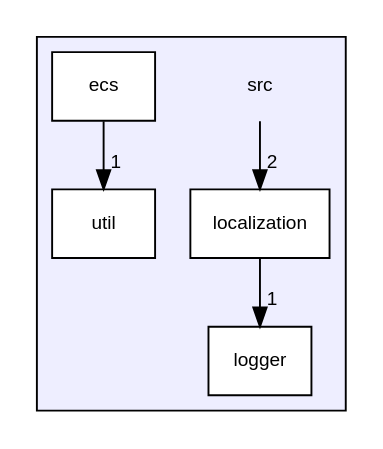
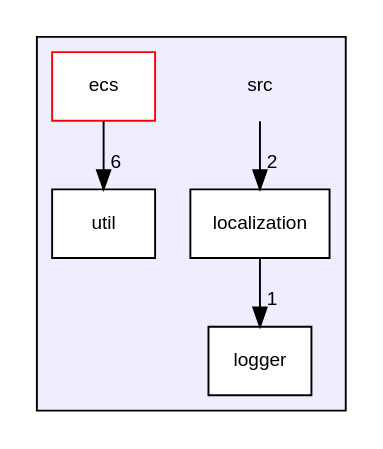
The diagram in dir_68267d1309a1af8e8297ef4c3efbcdba_dep.dot (MisterPeModder/Bomberman-Global-Offensive), drawn with Graphviz before and after one commit. The commit also changed 449 other files, not shown here.

```diff
--- a/dir_68267d1309a1af8e8297ef4c3efbcdba_dep.dot
+++ b/dir_68267d1309a1af8e8297ef4c3efbcdba_dep.dot
@@ -1,16 +1,16 @@
 digraph "src" {
   compound=true
   node [ fontsize="10", fontname="Helvetica"];
   edge [ labelfontsize="10", labelfontname="Helvetica"];
   subgraph clusterdir_68267d1309a1af8e8297ef4c3efbcdba {
     graph [ bgcolor="#eeeeff", pencolor="black", label="" URL="dir_68267d1309a1af8e8297ef4c3efbcdba.html"];
     dir_68267d1309a1af8e8297ef4c3efbcdba [shape=plaintext label="src"];
-    dir_ddca5f149c4ce13074f28b270e950ba9 [shape=box label="ecs" color="black" fillcolor="white" style="filled" URL="dir_ddca5f149c4ce13074f28b270e950ba9.html"];
+    dir_ddca5f149c4ce13074f28b270e950ba9 [shape=box label="ecs" color="red" fillcolor="white" style="filled" URL="dir_ddca5f149c4ce13074f28b270e950ba9.html"];
     dir_502e2e551a70cf7978464aef90fcfcf1 [shape=box label="localization" color="black" fillcolor="white" style="filled" URL="dir_502e2e551a70cf7978464aef90fcfcf1.html"];
     dir_ffde1fbcaa8d6b0d34e29c3bddf7a801 [shape=box label="logger" color="black" fillcolor="white" style="filled" URL="dir_ffde1fbcaa8d6b0d34e29c3bddf7a801.html"];
     dir_b7878ad5ecbf2506f4125b9d34c97e45 [shape=box label="util" color="black" fillcolor="white" style="filled" URL="dir_b7878ad5ecbf2506f4125b9d34c97e45.html"];
   }
-  dir_68267d1309a1af8e8297ef4c3efbcdba->dir_502e2e551a70cf7978464aef90fcfcf1 [headlabel="2", labeldistance=1.5 headhref="dir_000000_000002.html"];
-  dir_ddca5f149c4ce13074f28b270e950ba9->dir_b7878ad5ecbf2506f4125b9d34c97e45 [headlabel="1", labeldistance=1.5 headhref="dir_000001_000004.html"];
-  dir_502e2e551a70cf7978464aef90fcfcf1->dir_ffde1fbcaa8d6b0d34e29c3bddf7a801 [headlabel="1", labeldistance=1.5 headhref="dir_000002_000003.html"];
+  dir_68267d1309a1af8e8297ef4c3efbcdba->dir_502e2e551a70cf7978464aef90fcfcf1 [headlabel="2", labeldistance=1.5 headhref="dir_000000_000007.html"];
+  dir_ddca5f149c4ce13074f28b270e950ba9->dir_b7878ad5ecbf2506f4125b9d34c97e45 [headlabel="6", labeldistance=1.5 headhref="dir_000001_000009.html"];
+  dir_502e2e551a70cf7978464aef90fcfcf1->dir_ffde1fbcaa8d6b0d34e29c3bddf7a801 [headlabel="1", labeldistance=1.5 headhref="dir_000007_000008.html"];
 }
```
